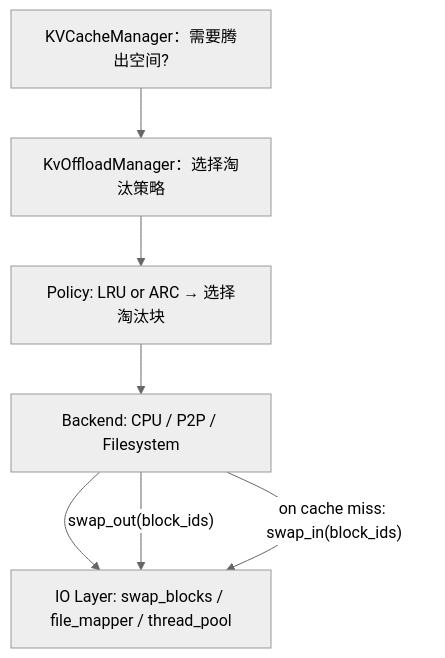
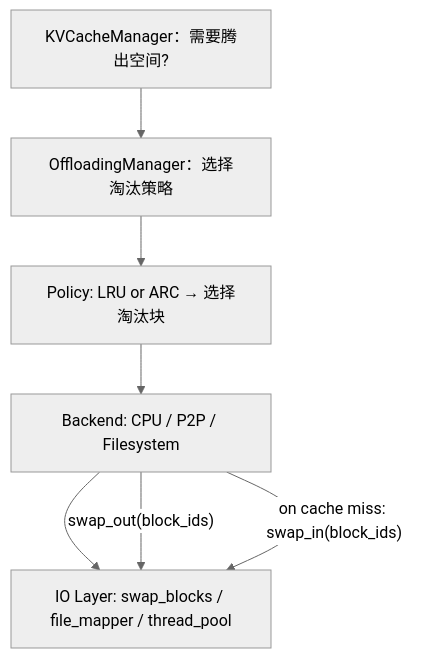
The first of 2 diagrams in vllm-learning-path/07-高级特性/05-量化与KV卸载.md (keyuanweb/ai-learning-path), drawn with Mermaid (neutral theme) before and after one commit. The commit also changed other lines of this file and 176 other files, not shown here.

First line of the commit message:
docs: 全仓库文档校对修复——错别字/失效链接/Mermaid图/源码引用

````diff
--- a/vllm-learning-path/07-高级特性/05-量化与KV卸载.md
+++ b/vllm-learning-path/07-高级特性/05-量化与KV卸载.md
@@ -67,13 +67,13 @@
 ```mermaid
 flowchart TD
   kvMgr["KVCacheManager：需要腾出空间?"]
-  offloadMgr["KvOffloadManager：选择淘汰策略"]
+  offloadMgr["OffloadingManager：选择淘汰策略"]
   policy["Policy: LRU or ARC → 选择淘汰块"]
   backend["Backend: CPU / P2P / Filesystem"]
   io["IO Layer: swap_blocks / file_mapper / thread_pool"]
   
   kvMgr --> offloadMgr --> policy --> backend --> io
   
   backend -->|"swap_out(block_ids)"| io
   backend -->|"on cache miss: swap_in(block_ids)"| io
 ```
````
